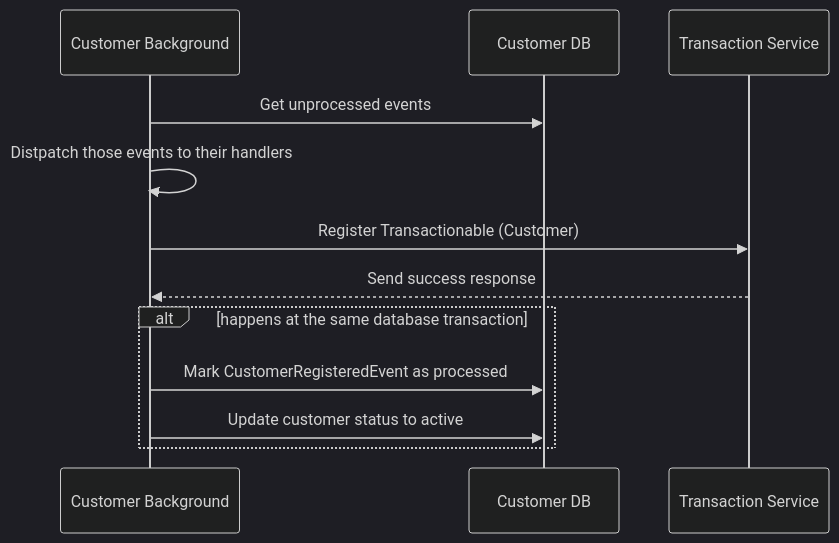
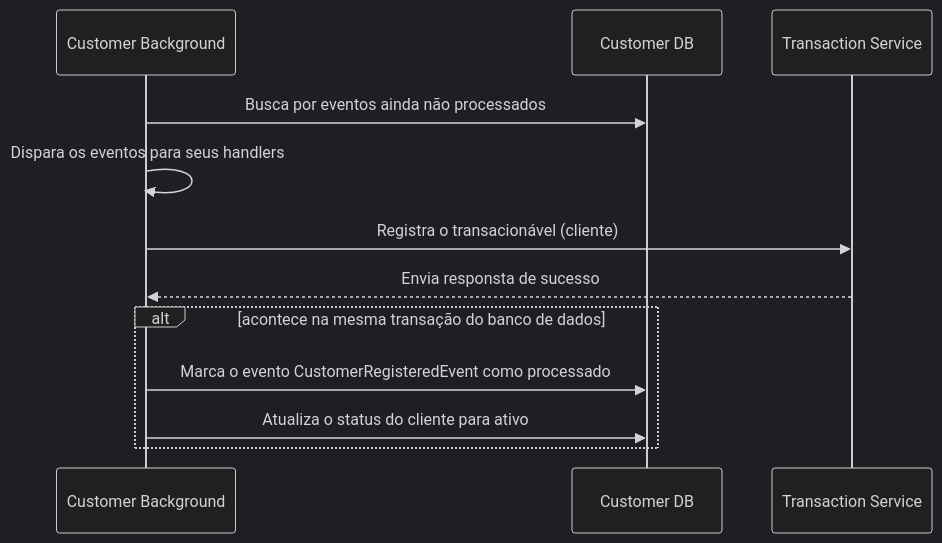
One commit to hehehenri/money-transaction-system changed the second of 2 diagrams in README.md. Above: the diagram before and after it, drawn with Mermaid (dark theme). The commit also changed other lines of this file and 194 other files, not shown here.

````diff
--- a/README.md
+++ b/README.md
@@ -17,11 +17,11 @@
 ```mermaid
 sequenceDiagram
-Customer Background->>Customer DB: Get unprocessed events
-Customer Background->>Customer Background: Distpatch those events to their handlers
-Customer Background->>Transaction Service: Register Transactionable (Customer)
-Transaction Service-->>Customer Background: Send success response
-alt happens at the same database transaction
-Customer Background->>Customer DB: Mark CustomerRegisteredEvent as processed
-Customer Background->>Customer DB: Update customer status to active
+Customer Background->>Customer DB: Busca por eventos ainda não processados
+Customer Background->>Customer Background: Dispara os eventos para seus handlers
+Customer Background->>Transaction Service: Registra o transacionável (cliente)
+Transaction Service-->>Customer Background: Envia responsta de sucesso
+alt acontece na mesma transação do banco de dados
+Customer Background->>Customer DB: Marca o evento CustomerRegisteredEvent como processado
+Customer Background->>Customer DB: Atualiza o status do cliente para ativo
 end
 ```
````
